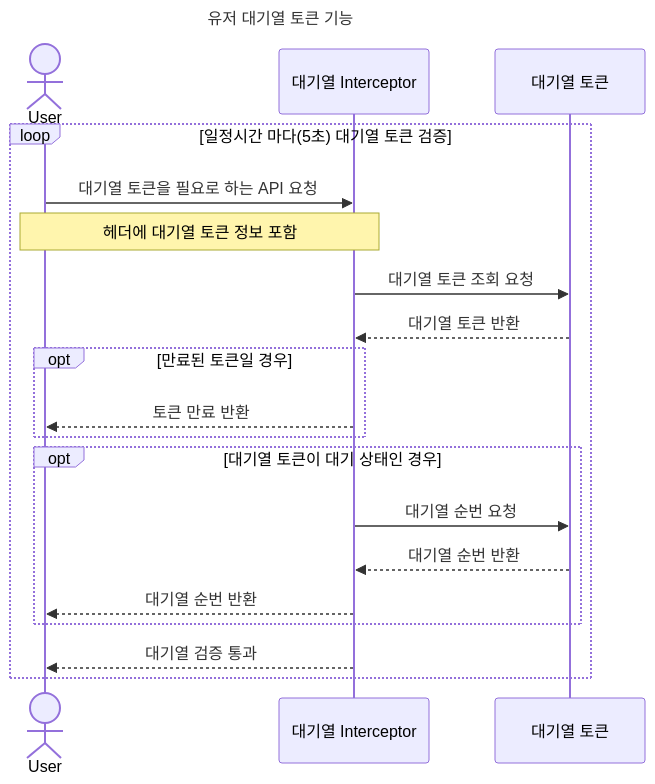
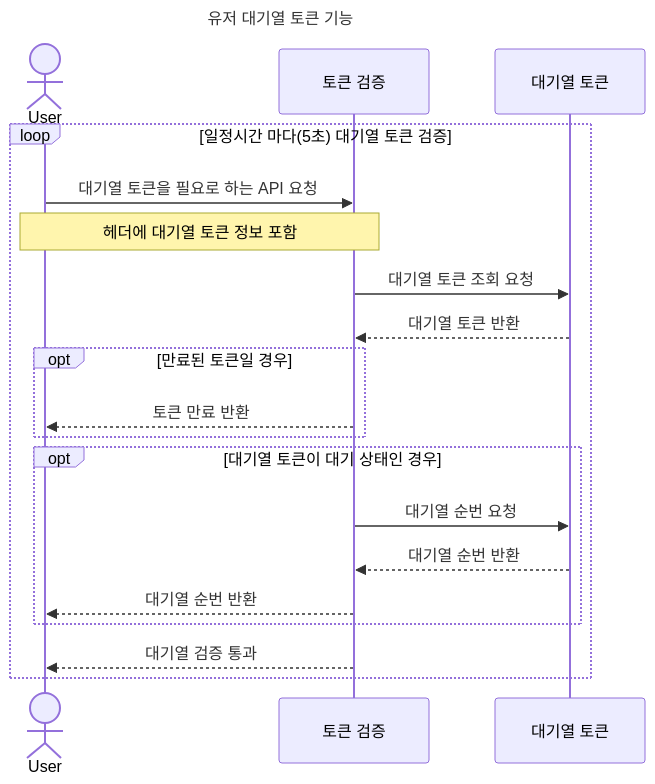
The first of 9 diagrams in docs/SEQUENCE_DIAGRAM.md (seokyHan/concert-reservation), drawn with Mermaid before and after one commit. The commit also changed other lines of this file and 2 other files, not shown here.

Commit message:
chore : ERD, yml, sequence diagram 수정

````diff
--- a/docs/SEQUENCE_DIAGRAM.md
+++ b/docs/SEQUENCE_DIAGRAM.md
@@ -8,25 +8,25 @@
 ```mermaid
 sequenceDiagram
 actor User
-    participant 대기열 Interceptor
+    participant 토큰 검증
     participant 대기열 토큰
     title 유저 대기열 토큰 기능
 
     loop 일정시간 마다(5초) 대기열 토큰 검증
-        User ->> 대기열 Interceptor: 대기열 토큰을 필요로 하는 API 요청
-        note over User, 대기열 Interceptor: 헤더에 대기열 토큰 정보 포함
-        대기열 Interceptor ->> 대기열 토큰: 대기열 토큰 조회 요청
-        대기열 토큰 -->> 대기열 Interceptor: 대기열 토큰 반환
+        User ->> 토큰 검증: 대기열 토큰을 필요로 하는 API 요청
+        note over User, 토큰 검증: 헤더에 대기열 토큰 정보 포함
+        토큰 검증 ->> 대기열 토큰: 대기열 토큰 조회 요청
+        대기열 토큰 -->> 토큰 검증: 대기열 토큰 반환
         opt 만료된 토큰일 경우
-            대기열 Interceptor -->> User: 토큰 만료 반환
+            토큰 검증 -->> User: 토큰 만료 반환
         end
 
         opt 대기열 토큰이 대기 상태인 경우
-            대기열 Interceptor ->> 대기열 토큰: 대기열 순번 요청
-            대기열 토큰 -->> 대기열 Interceptor: 대기열 순번 반환
-            대기열 Interceptor -->> User: 대기열 순번 반환
+            토큰 검증 ->> 대기열 토큰: 대기열 순번 요청
+            대기열 토큰 -->> 토큰 검증: 대기열 순번 반환
+            토큰 검증 -->> User: 대기열 순번 반환
         end
 
-        대기열 Interceptor -->> User: 대기열 검증 통과
+       토큰 검증 -->> User: 대기열 검증 통과
     end
 ```
````
